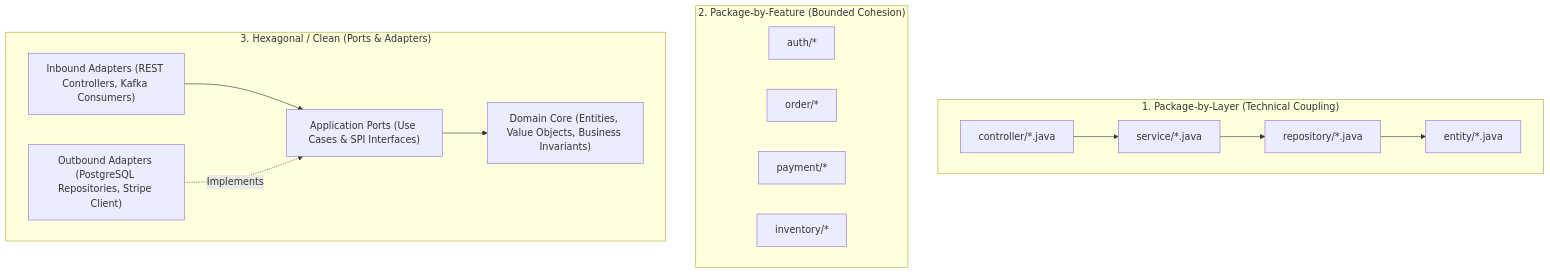
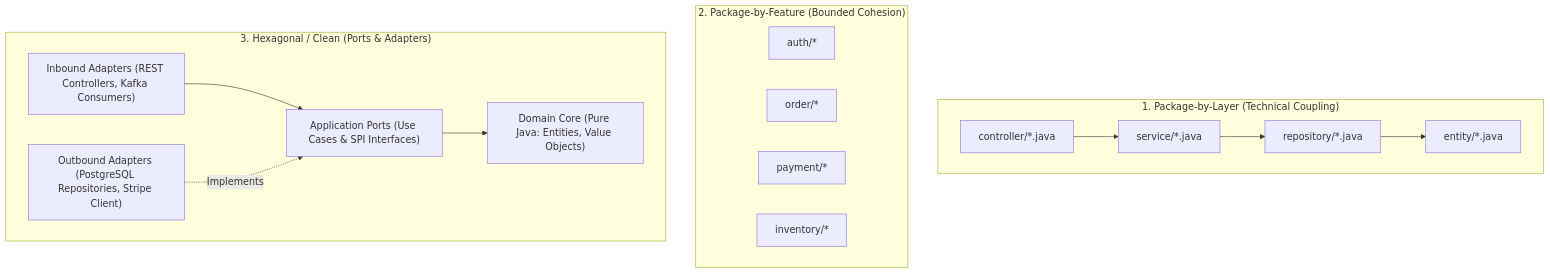
The second of 3 diagrams in docs/spring-boot/project-structure.mdx (weaponxwolf/backend-engineering-mastry), drawn with Mermaid before and after one commit. The commit also changed other lines of this file and 11 other files, not shown here.

````diff
--- a/docs/spring-boot/project-structure.mdx
+++ b/docs/spring-boot/project-structure.mdx
@@ -21,25 +66,25 @@
 ```mermaid
 graph TD
-    subgraph PackageByLayer ["1. Package-by-Layer (Technical Coupling)"]
+    subgraph Layered ["1. Package-by-Layer (Technical Coupling)"]
         L1[controller/*.java] --> L2[service/*.java]
         L2 --> L3[repository/*.java]
         L3 --> L4[entity/*.java]
     end
 
-    subgraph PackageByFeature ["2. Package-by-Feature (Bounded Cohesion)"]
+    subgraph Feature ["2. Package-by-Feature (Bounded Cohesion)"]
         F1[auth/*]
         F2[order/*]
         F3[payment/*]
         F4[inventory/*]
     end
 
     subgraph Hexagonal ["3. Hexagonal / Clean (Ports & Adapters)"]
-        Core["Domain Core (Entities, Value Objects, Business Invariants)"]
+        Core["Domain Core (Pure Java: Entities, Value Objects)"]
         Ports["Application Ports (Use Cases & SPI Interfaces)"]
         Inbound["Inbound Adapters (REST Controllers, Kafka Consumers)"]
         Outbound["Outbound Adapters (PostgreSQL Repositories, Stripe Client)"]
         Inbound --> Ports
         Ports --> Core
         Outbound -.->|Implements| Ports
     end
 ```
````
